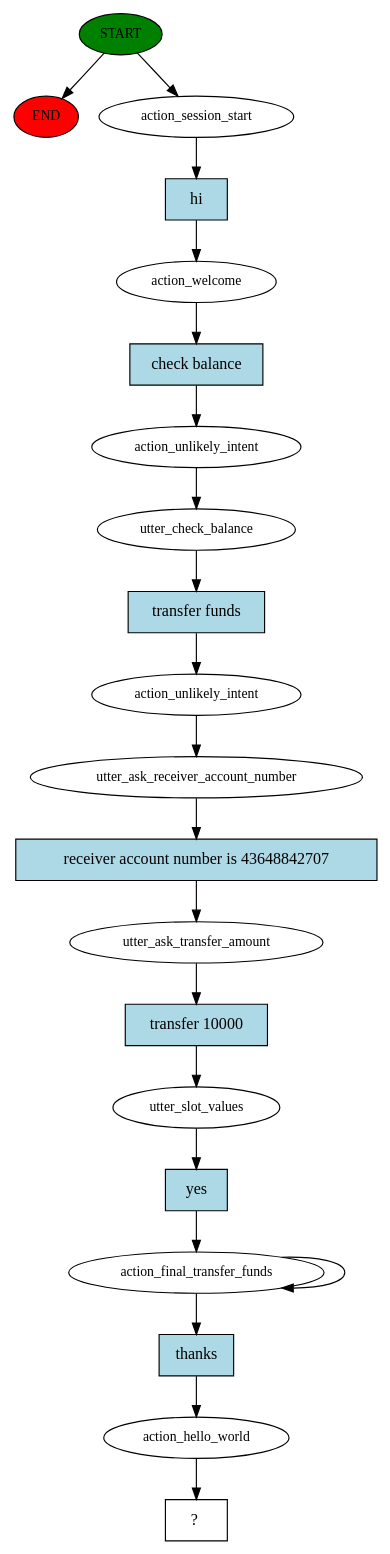
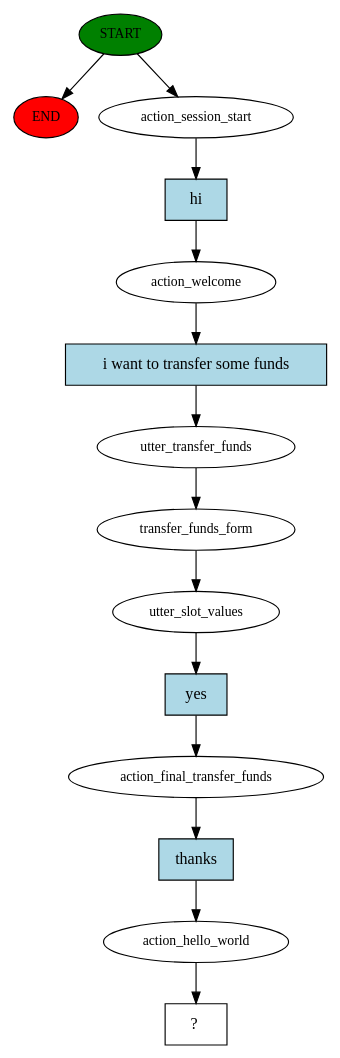
The diagram in story_graph.dot (kritsid/Krishvi--adventure), drawn with Graphviz before and after one commit. The commit also changed 11 other files, not shown here.

```diff
--- a/story_graph.dot
+++ b/story_graph.dot
@@ -1,42 +1,29 @@
 digraph  {
 0 [class="start active", fillcolor=green, fontsize=12, label=START, style=filled];
 "-1" [class=end, fillcolor=red, fontsize=12, label=END, style=filled];
 1 [class=active, fontsize=12, label=action_session_start];
 2 [class=active, fontsize=12, label=action_welcome];
-3 [class=active, fontsize=12, label=action_unlikely_intent];
-4 [class=active, fontsize=12, label=utter_check_balance];
-5 [class=active, fontsize=12, label=action_unlikely_intent];
-6 [class=active, fontsize=12, label=utter_ask_receiver_account_number];
-7 [class=active, fontsize=12, label=utter_ask_transfer_amount];
-8 [class=active, fontsize=12, label=utter_slot_values];
-9 [class=active, fontsize=12, label=action_final_transfer_funds];
-18 [class=active, fontsize=12, label=action_hello_world];
-19 [class="intent dashed active", label="  ?  ", shape=rect];
-20 [class="intent active", fillcolor=lightblue, label=hi, shape=rect, style=filled];
-21 [class="intent active", fillcolor=lightblue, label="check balance", shape=rect, style=filled];
-22 [class="intent active", fillcolor=lightblue, label="transfer funds", shape=rect, style=filled];
-23 [class="intent active", fillcolor=lightblue, label="receiver account number is 43648842707", shape=rect, style=filled];
-24 [class="intent active", fillcolor=lightblue, label="transfer 10000", shape=rect, style=filled];
-25 [class="intent active", fillcolor=lightblue, label=yes, shape=rect, style=filled];
-26 [class="intent active", fillcolor=lightblue, label=thanks, shape=rect, style=filled];
+3 [class=active, fontsize=12, label=utter_transfer_funds];
+4 [class=active, fontsize=12, label=transfer_funds_form];
+5 [class=active, fontsize=12, label=utter_slot_values];
+6 [class=active, fontsize=12, label=action_final_transfer_funds];
+7 [class=active, fontsize=12, label=action_hello_world];
+8 [class="intent dashed active", label="  ?  ", shape=rect];
+9 [class="intent active", fillcolor=lightblue, label=hi, shape=rect, style=filled];
+10 [class="intent active", fillcolor=lightblue, label="i want to transfer some funds", shape=rect, style=filled];
+11 [class="intent active", fillcolor=lightblue, label=yes, shape=rect, style=filled];
+12 [class="intent active", fillcolor=lightblue, label=thanks, shape=rect, style=filled];
 0 -> "-1"  [class="", key=NONE, label=""];
 0 -> 1  [class=active, key=NONE, label=""];
-1 -> 20  [class=active, key=0];
-2 -> 21  [class=active, key=0];
+1 -> 9  [class=active, key=0];
+2 -> 10  [class=active, key=0];
 3 -> 4  [class=active, key=NONE, label=""];
-4 -> 22  [class=active, key=0];
-5 -> 6  [class=active, key=NONE, label=""];
-6 -> 23  [class=active, key=0];
-7 -> 24  [class=active, key=0];
-8 -> 25  [class=active, key=0];
-9 -> 9  [class=active, key=NONE, label=""];
-9 -> 26  [class=active, key=0];
-18 -> 19  [class=active, key=NONE, label=""];
-20 -> 2  [class=active, key=0];
-21 -> 3  [class=active, key=0];
-22 -> 5  [class=active, key=0];
-23 -> 7  [class=active, key=0];
-24 -> 8  [class=active, key=0];
-25 -> 9  [class=active, key=0];
-26 -> 18  [class=active, key=0];
+4 -> 5  [class=active, key=NONE, label=""];
+5 -> 11  [class=active, key=0];
+6 -> 12  [class=active, key=0];
+7 -> 8  [class=active, key=NONE, label=""];
+9 -> 2  [class=active, key=0];
+10 -> 3  [class=active, key=0];
+11 -> 6  [class=active, key=0];
+12 -> 7  [class=active, key=0];
 }
```
